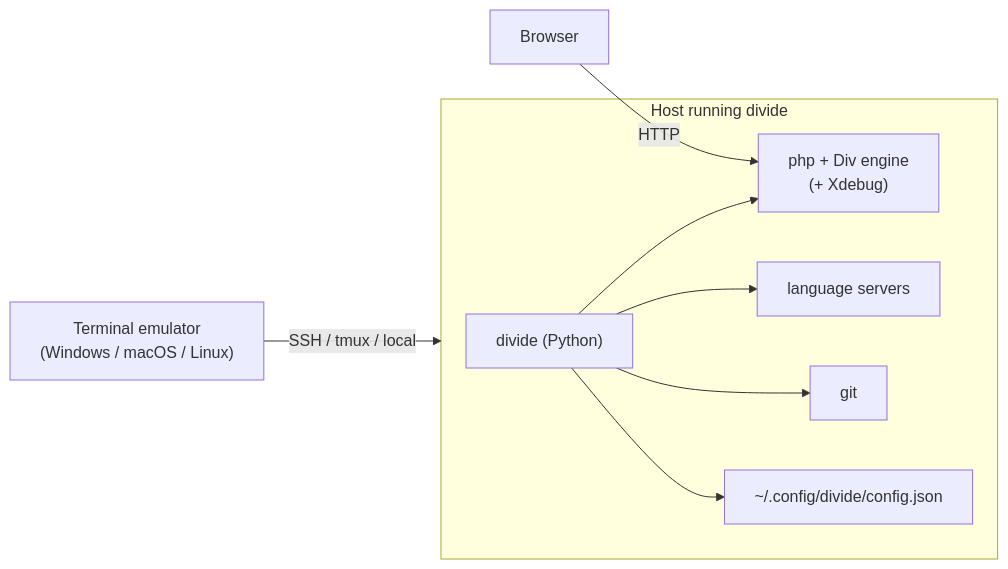
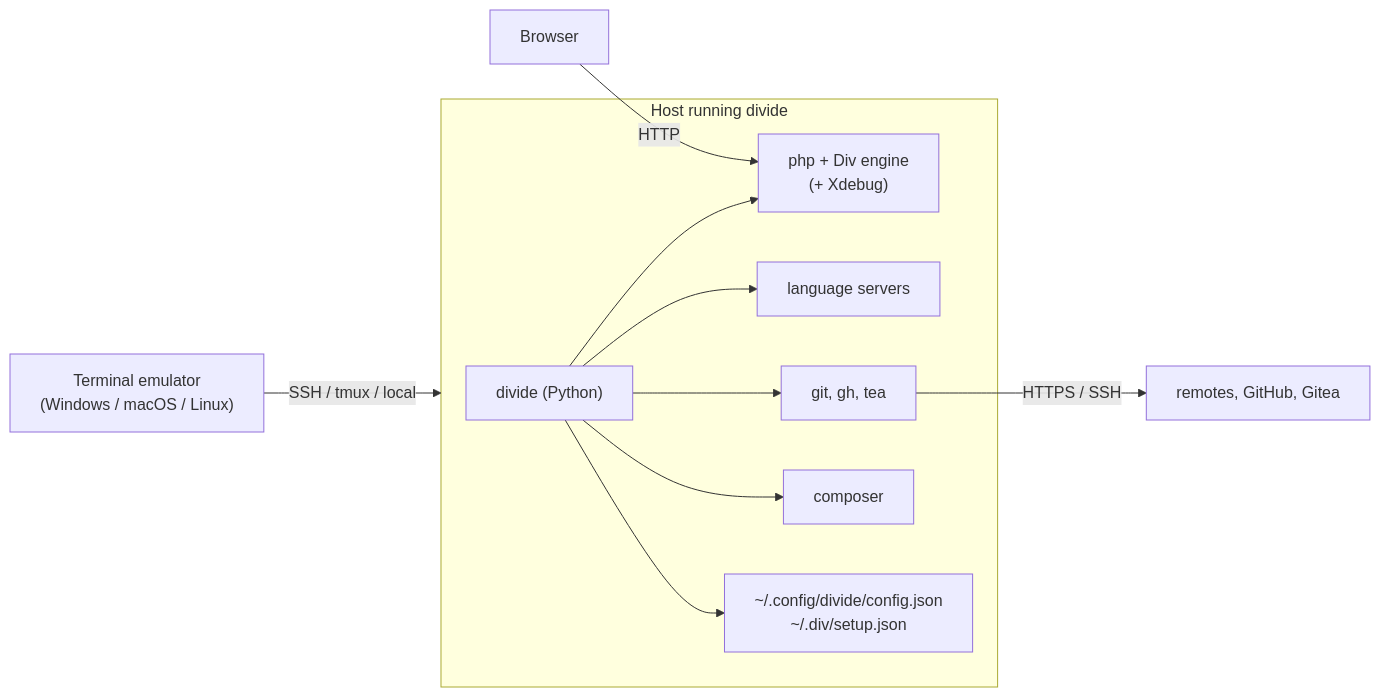
The third of 3 diagrams in docs/software-architecture.md (divengine/divide), drawn with Mermaid before and after one commit. The commit also changed other lines of this file and 13 other files, not shown here.

````diff
--- a/docs/software-architecture.md
+++ b/docs/software-architecture.md
@@ -177,13 +207,15 @@
 ```mermaid
 flowchart LR
     Term["Terminal emulator<br/>(Windows / macOS / Linux)"] -- "SSH / tmux / local" --> Host
     subgraph Host["Host running divide"]
         D["divide (Python)"]
         P["php + Div engine<br/>(+ Xdebug)"]
         L["language servers"]
-        G["git"]
-        C["~/.config/divide/config.json"]
+        G["git, gh, tea"]
+        K["composer"]
+        C["~/.config/divide/config.json<br/>~/.div/setup.json"]
     end
-    D --> P & L & G & C
+    D --> P & L & G & K & C
+    G -- HTTPS / SSH --> Remote["remotes, GitHub, Gitea"]
     Browser["Browser"] -- HTTP --> P
 ```
````
